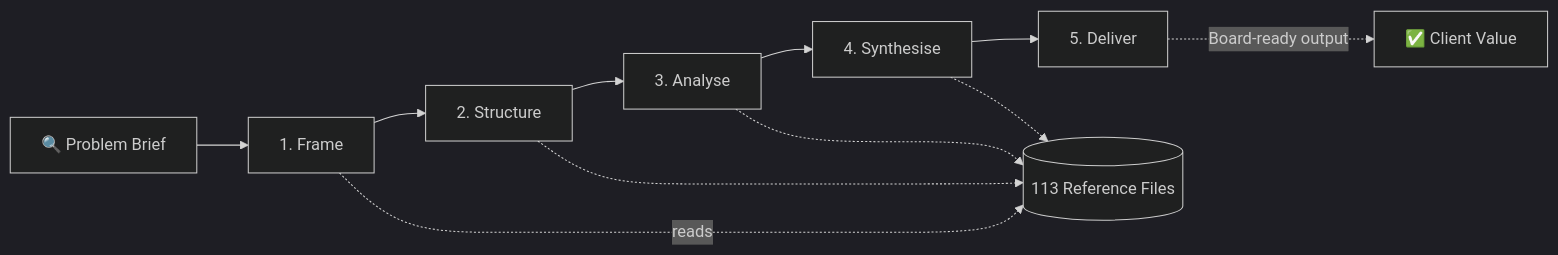
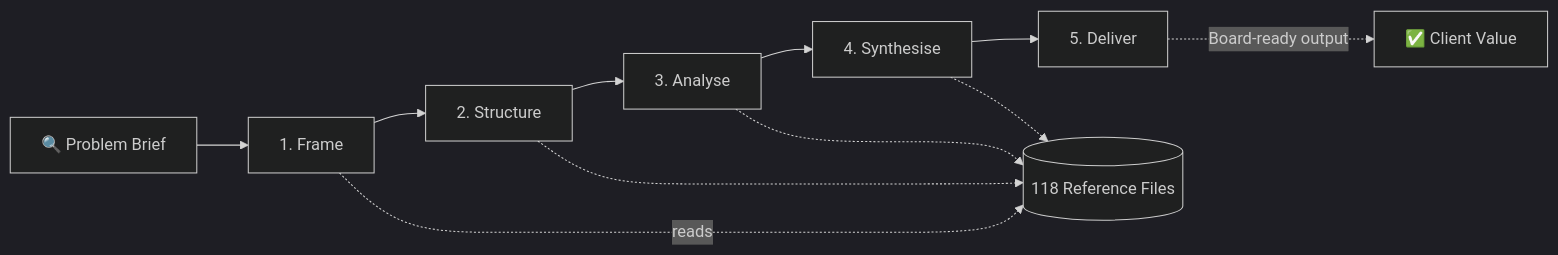
One commit to DogInfantry/claude-skill-management-consultant-B1 changed the first of 4 diagrams in README.md. Above: the diagram before and after it, drawn with Mermaid (dark theme). The commit also changed other lines of this file, not shown here.

Commit message:
chore: update reference file count 113 -> 118 (M&A additions)

````diff
--- a/README.md
+++ b/README.md
@@ -34,14 +34,14 @@
 ```mermaid
 flowchart LR
     A["🔍 Problem Brief"] --> B["1. Frame"]
     B --> C["2. Structure"]
     C --> D["3. Analyse"]
     D --> E["4. Synthesise"]
     E --> F["5. Deliver"]
 
-    B -.->|reads| G[("113 Reference Files")]
+    B -.->|reads| G[("118 Reference Files")]
     C -.-> G
     D -.-> G
     E -.-> G
     F -.->|"Board-ready output"| H["✅ Client Value"]
 ```
````
